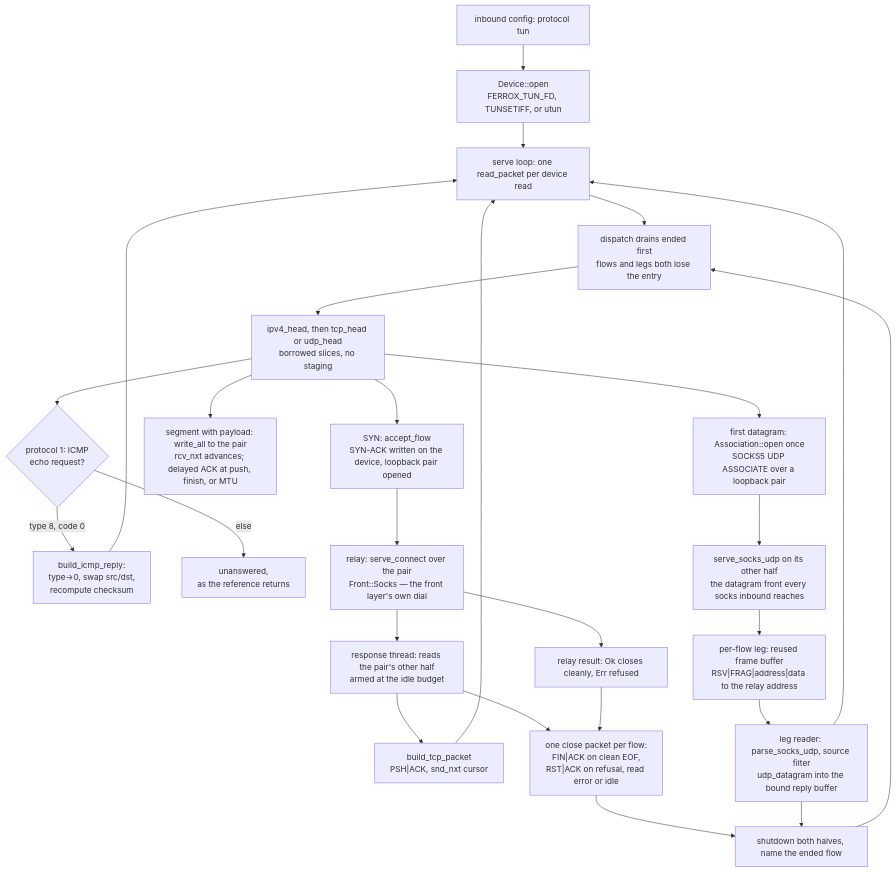
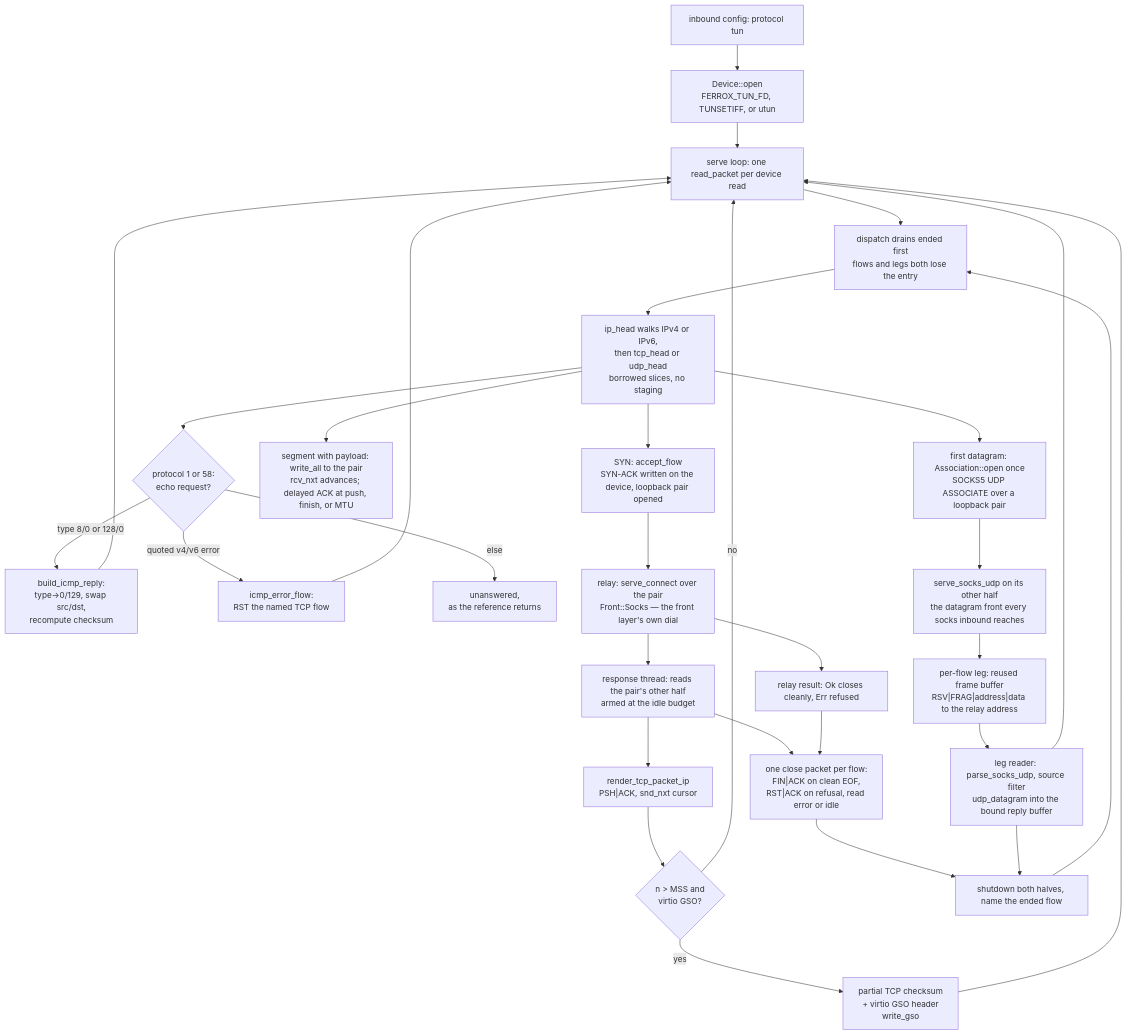
The diagram in docs/function/front-tun.md (Ferrocite/ferrox), drawn with Mermaid before and after one commit. The commit also changed other lines of this file and 6 other files, not shown here.

Commit message:
tun: serve IPv4 and IPv6 natively with ICMPv6, errors and virtio GSO

````diff
--- a/docs/function/front-tun.md
+++ b/docs/function/front-tun.md
@@ -11,28 +11,33 @@
 ```mermaid
 graph TD
     A["inbound config: protocol tun"] --> B["Device::open<br/>FERROX_TUN_FD, TUNSETIFF, or utun"]
     B --> C["serve loop: one read_packet per device read"]
     C --> O["dispatch drains ended first<br/>flows and legs both lose the entry"]
-    O --> D["ipv4_head, then tcp_head or udp_head<br/>borrowed slices, no staging"]
-    D --> IC{"protocol 1: ICMP<br/>echo request?"}
-    IC -- "type 8, code 0" --> ICa["build_icmp_reply:<br/>type→0, swap src/dst,<br/>recompute checksum"]
+    O --> D["ip_head walks IPv4 or IPv6,<br/>then tcp_head or udp_head<br/>borrowed slices, no staging"]
+    D --> IC{"protocol 1 or 58:<br/>echo request?"}
+    IC -- "type 8/0 or 128/0" --> ICa["build_icmp_reply:<br/>type→0/129, swap src/dst,<br/>recompute checksum"]
     ICa --> C
+    IC -- "quoted v4/v6 error" --> ICe["icmp_error_flow:<br/>RST the named TCP flow"]
+    ICe --> C
     IC -- "else" --> ICx["unanswered,<br/>as the reference returns"]
     D --> E["SYN: accept_flow<br/>SYN-ACK written on the device, loopback pair opened"]
     E --> F["relay: serve_connect over the pair<br/>Front::Socks — the front layer's own dial"]
     D --> G["segment with payload: write_all to the pair<br/>rcv_nxt advances; delayed ACK at push, finish, or MTU"]
     F --> H["response thread: reads the pair's other half<br/>armed at the idle budget"]
     F --> HC["relay result: Ok closes cleanly, Err refused"]
-    H --> I["build_tcp_packet<br/>PSH|ACK, snd_nxt cursor"]
-    I --> C
+    H --> I["render_tcp_packet_ip<br/>PSH|ACK, snd_nxt cursor"]
+    I --> IG{"n > MSS and<br/>virtio GSO?"}
+    IG -- "yes" --> IGa["partial TCP checksum<br/>+ virtio GSO header<br/>write_gso"]
+    IG -- "no" --> C
+    IGa --> C
     H --> HF["one close packet per flow:<br/>FIN|ACK on clean EOF,<br/>RST|ACK on refusal, read error or idle"]
     HC --> HF
     D --> J["first datagram: Association::open once<br/>SOCKS5 UDP ASSOCIATE over a loopback pair"]
     J --> K["serve_socks_udp on its other half<br/>the datagram front every socks inbound reaches"]
     K --> L["per-flow leg: reused frame buffer<br/>RSV|FRAG|address|data to the relay address"]
     L --> M["leg reader: parse_socks_udp, source filter<br/>udp_datagram into the bound reply buffer"]
     M --> C
     HF --> N["shutdown both halves, name the ended flow"]
     M --> N
     N --> O
 ```
````
